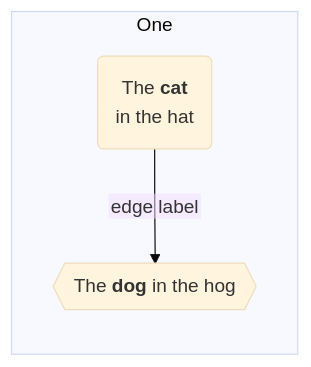
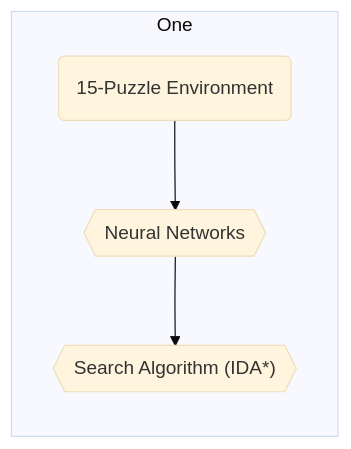
One commit to OShagHennessy/Reproducibility_Assignment changed the diagram in README.md. Above: the diagram before and after it, drawn with Mermaid (base theme).

````diff
--- a/README.md
+++ b/README.md
@@ -10,9 +10,8 @@
 ```mermaid
 
 %%{init: {"flowchart": {"htmlLabels": false}} }%%
 flowchart LR
 subgraph "One"
-  a("`The **cat**
-  in the hat`") -- "edge label" --> b{{"`The **dog** in the hog`"}}
+  a("`15-Puzzle Environment`") --> b{{"`Neural Networks`"}} --> c{{"`Search Algorithm (IDA*)`"}}
 end
 ```
````
